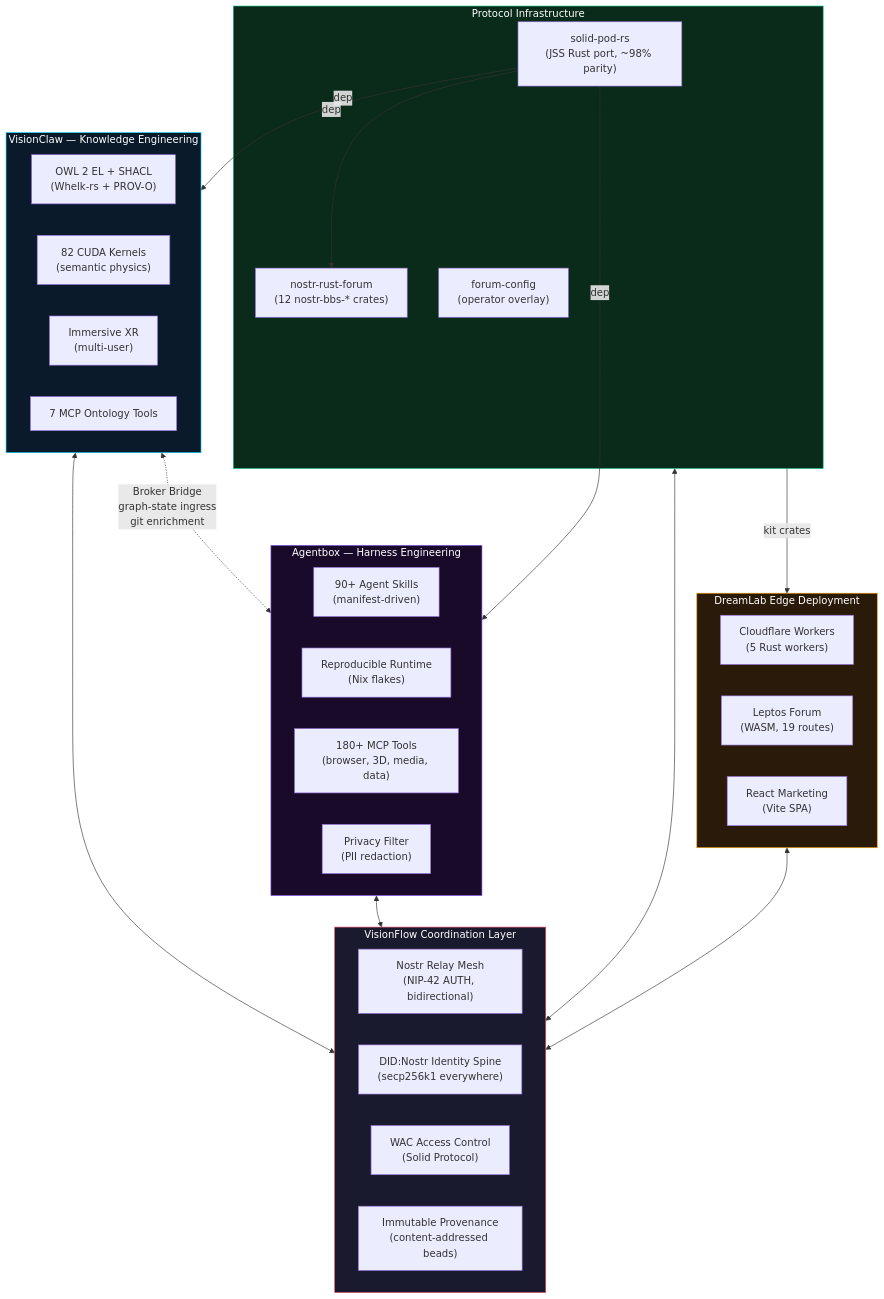
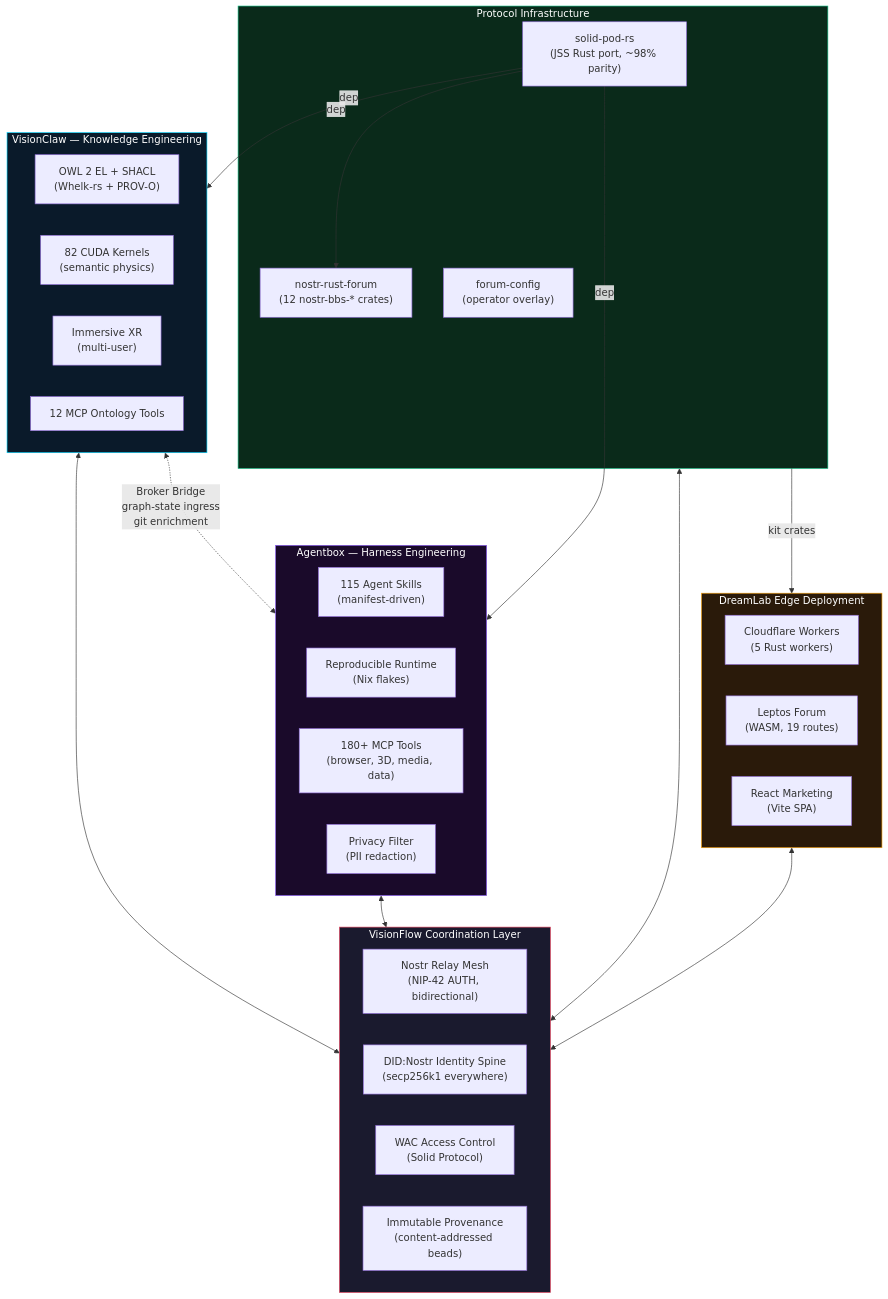
One commit to DreamLab-AI/VisionFlow changed the second of 10 diagrams in README.md. Above: the diagram before and after it, drawn with Mermaid. The commit also changed other lines of this file and 17 other files, not shown here.

First line of the commit message:
feat(gap-close): RES-d drift counter + CI gate; single-source skills=115, mcp-ontology-tools=12

````diff
--- a/README.md
+++ b/README.md
@@ -116,53 +116,53 @@
 ```mermaid
 flowchart TB
     subgraph VF["VisionFlow Coordination Layer"]
         direction LR
         MESH["Nostr Relay Mesh\n(NIP-42 AUTH, bidirectional)"]
         DID["DID:Nostr Identity Spine\n(secp256k1 everywhere)"]
         WAC["WAC Access Control\n(Solid Protocol)"]
         PROV["Immutable Provenance\n(content-addressed beads)"]
     end
 
     subgraph VC["VisionClaw — Knowledge Engineering"]
         OWL["OWL 2 EL + SHACL\n(Whelk-rs + PROV-O)"]
         GPU["82 CUDA Kernels\n(semantic physics)"]
         XR["Immersive XR\n(multi-user)"]
-        MCP_VC["7 MCP Ontology Tools"]
+        MCP_VC["12 MCP Ontology Tools"]
     end
 
     subgraph AB["Agentbox — Harness Engineering"]
-        AGENTS["90+ Agent Skills\n(manifest-driven)"]
+        AGENTS["115 Agent Skills\n(manifest-driven)"]
         NIX["Reproducible Runtime\n(Nix flakes)"]
         TOOLS["180+ MCP Tools\n(browser, 3D, media, data)"]
         PRIV["Privacy Filter\n(PII redaction)"]
     end
 
     subgraph PROTO["Protocol Infrastructure"]
         SPR["solid-pod-rs\n(JSS Rust port, ~98% parity)"]
         NRF["nostr-rust-forum\n(12 nostr-bbs-* crates)"]
         FC["forum-config\n(operator overlay)"]
     end
 
     subgraph EDGE["DreamLab Edge Deployment"]
         CF["Cloudflare Workers\n(5 Rust workers)"]
         FORUM["Leptos Forum\n(WASM, 19 routes)"]
         SITE["React Marketing\n(Vite SPA)"]
     end
 
     VC <--> VF
     AB <--> VF
     PROTO <--> VF
     EDGE <--> VF
 
     VC <-.->|"Broker Bridge\ngraph-state ingress\ngit enrichment"| AB
     PROTO -->|"kit crates"| EDGE
     SPR -->|"dep"| NRF
     SPR -->|"dep"| AB
     SPR -->|"dep"| VC
 
     style VF fill:#1a1a2e,stroke:#e94560,color:#fff
     style VC fill:#0a1a2a,stroke:#00d4ff,color:#fff
     style AB fill:#1a0a2a,stroke:#8b5cf6,color:#fff
     style PROTO fill:#0a2a1a,stroke:#10b981,color:#fff
     style EDGE fill:#2a1a0a,stroke:#f59e0b,color:#fff
 ```
````
